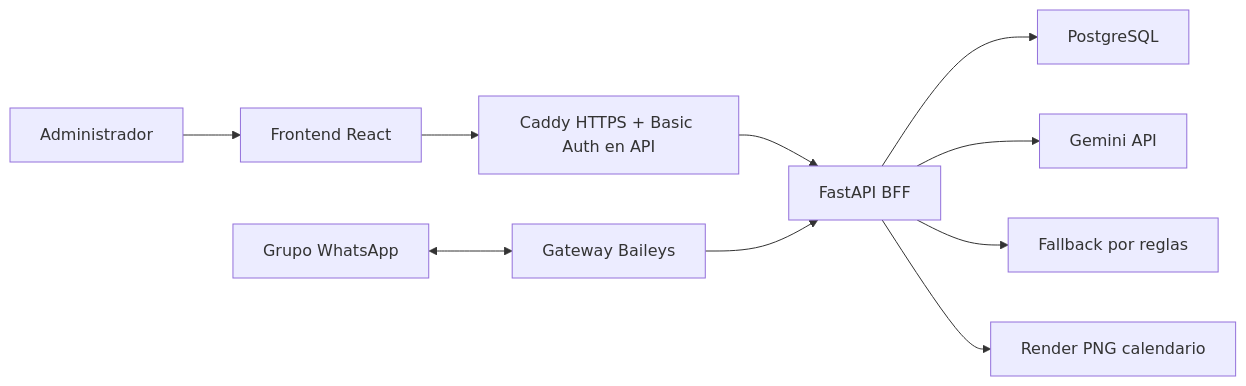
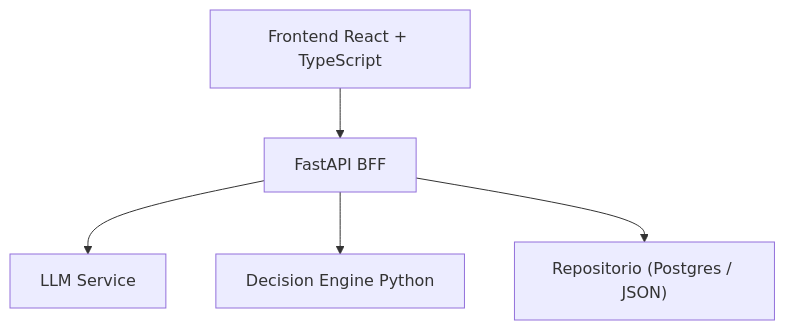
Before and after one commit to MatiasHernandezC/CoordAgent: the diagram in README.md, drawn with Mermaid. The commit also changed other lines of this file and 73 other files, not shown here.

````diff
--- a/README.md
+++ b/README.md
@@ -44,13 +16,7 @@
 ```mermaid
-flowchart LR
-  Admin["Administrador"] --> UI["Frontend React"]
-  UI --> Edge["Caddy HTTPS + Basic Auth en API"]
-  Edge --> API["FastAPI BFF"]
-  API --> DB["PostgreSQL"]
-  API --> Gemini["Gemini API"]
-  API --> Rules["Fallback por reglas"]
-  API --> Img["Render PNG calendario"]
-
-  Group["Grupo WhatsApp"] <--> Gateway["Gateway Baileys"]
-  Gateway --> API
+flowchart TD
+  A["Frontend React + TypeScript"] --> B["FastAPI BFF"]
+  B --> C["LLM Service"]
+  B --> D["Decision Engine Python"]
+  B --> E["Repositorio (Postgres / JSON)"]
 ```
````
